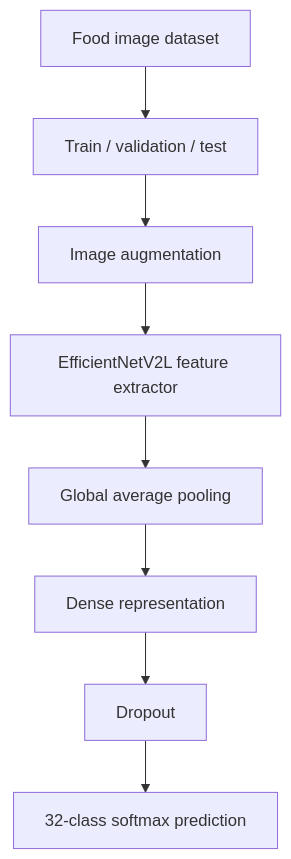
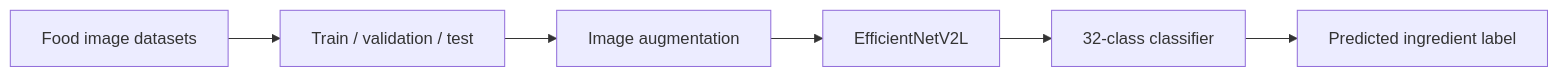
The second of 6 diagrams in frontend/content/projects/gizilens.md (farismnrr/portofolio), drawn with Mermaid before and after one commit. The commit also changed other lines of this file, not shown here.

````diff
--- a/frontend/content/projects/gizilens.md
+++ b/frontend/content/projects/gizilens.md
@@ -52,10 +46,8 @@
 ```mermaid
-flowchart TD
-    DATA[Food image dataset] --> SPLIT[Train / validation / test]
+flowchart LR
+    DATA[Food image datasets] --> SPLIT[Train / validation / test]
     SPLIT --> AUG[Image augmentation]
-    AUG --> EN[EfficientNetV2L feature extractor]
-    EN --> POOL[Global average pooling]
-    POOL --> DENSE[Dense representation]
-    DENSE --> DROP[Dropout]
-    DROP --> OUT[32-class softmax prediction]
+    AUG --> MODEL[EfficientNetV2L]
+    MODEL --> HEAD[32-class classifier]
+    HEAD --> LABEL[Predicted ingredient label]
 ```
````
